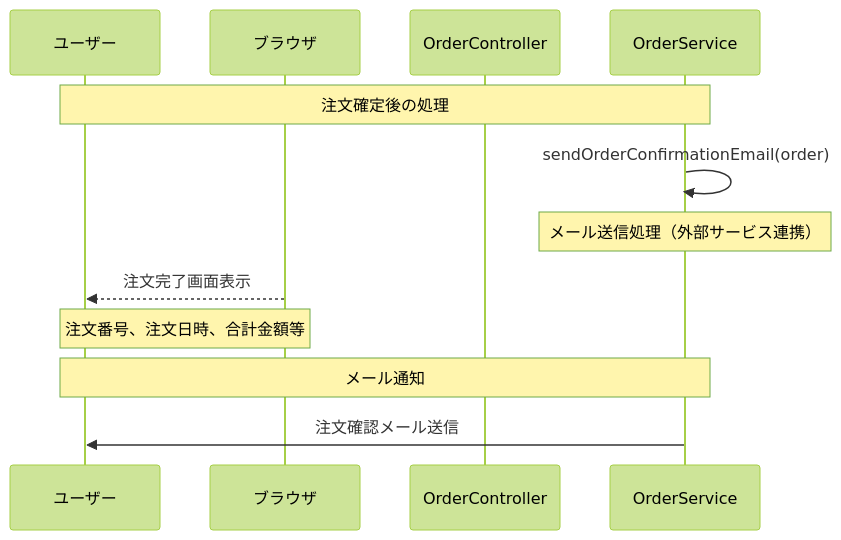
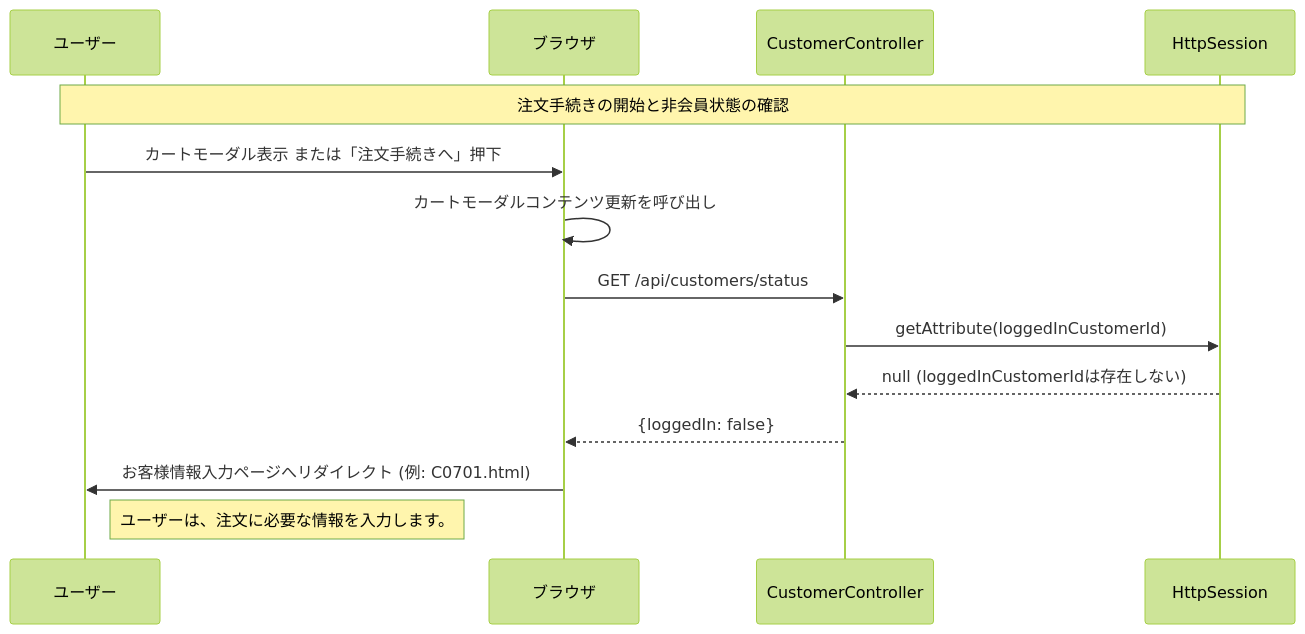
Diagram 12 of 22 in 詳細設計/詳細設計書_v3.md (shogomaeda758/Bacon), drawn with Mermaid (forest theme) before and after one commit. The commit also changed other lines of this file, not shown here.

Commit message:
シーケンス図変更＿詳細設計書

````diff
--- a/詳細設計/詳細設計書_v3.md
+++ b/詳細設計/詳細設計書_v3.md
@@ -571,17 +496,17 @@
 ```mermaid
 sequenceDiagram
     participant U as ユーザー
     participant B as ブラウザ
-    participant OC as OrderController
-    participant OS as OrderService
+    participant CUC as CustomerController
+    participant S as HttpSession
 
-    Note over U,OS: 注文確定後の処理
-    OS->>OS: sendOrderConfirmationEmail(order)
-    Note over OS: メール送信処理（外部サービス連携）
-    
-    B-->>U: 注文完了画面表示
-    Note over B,U: 注文番号、注文日時、合計金額等
-    
-    Note over U,OS: メール通知
-    OS->>U: 注文確認メール送信
+    Note over U,S: 注文手続きの開始と非会員状態の確認
+    U->>B: カートモーダル表示 または「注文手続きへ」押下
+    B->>B: カートモーダルコンテンツ更新を呼び出し
+    B->>CUC: GET /api/customers/status
+    CUC->>S: getAttribute(loggedInCustomerId)
+    S-->>CUC: null (loggedInCustomerIdは存在しない)
+    CUC-->>B: {loggedIn: false}
+    B->>U: お客様情報入力ページへリダイレクト (例: C0701.html)
+    Note right of U: ユーザーは、注文に必要な情報を入力します。
 ```
````
